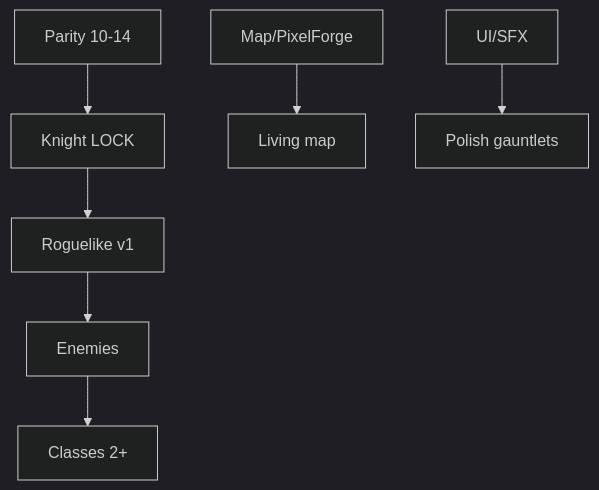
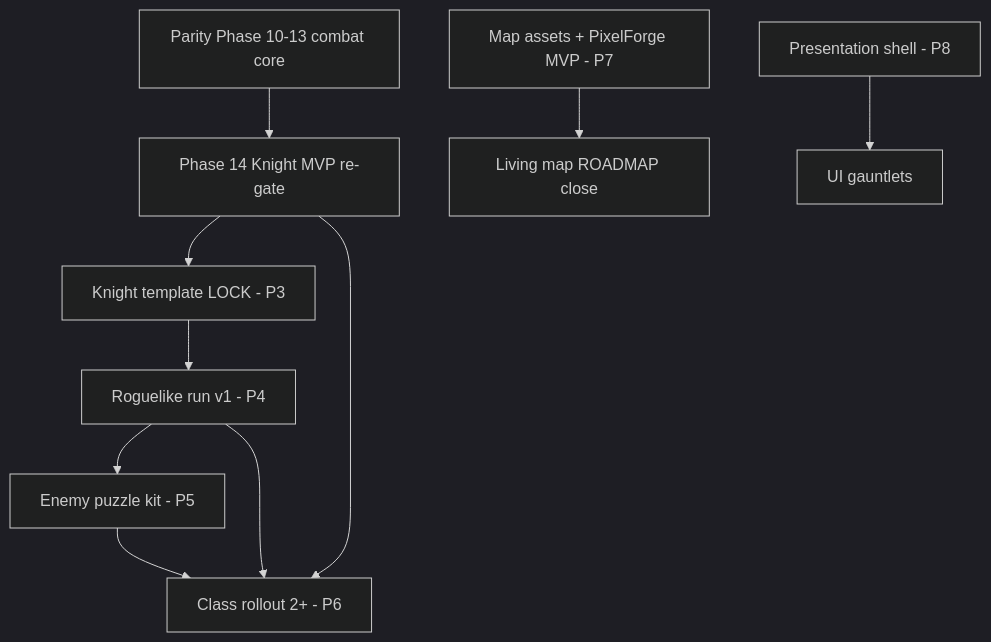
The diagram in docs/design/REMAINING_WORK_MAP.md (kendikong/honor-and-iron-3), drawn with Mermaid (dark theme) before and after one commit. The commit also changed other lines of this file and 3 other files, not shown here.

Commit message:
Gauntlet C3 fixes: map lint path, mermaid sync, matrix secondaries, knight playbooks

````diff
--- a/docs/design/REMAINING_WORK_MAP.md
+++ b/docs/design/REMAINING_WORK_MAP.md
@@ -43,9 +43,12 @@
 ```mermaid
 flowchart TD
-  A[Parity 10-14] --> B[Knight LOCK]
-  B --> C[Roguelike v1]
-  C --> D[Enemies]
-  D --> E[Classes 2+]
-  F[Map/PixelForge] --> G[Living map]
-  H[UI/SFX] --> I[Polish gauntlets]
+  P10[Parity Phase 10-13 combat core] --> P14[Phase 14 Knight MVP re-gate]
+  P14 --> KT[Knight template LOCK - P3]
+  KT --> RUN[Roguelike run v1 - P4]
+  RUN --> EN[Enemy puzzle kit - P5]
+  EN --> CR[Class rollout 2+ - P6]
+  MAP[Map assets + PixelForge MVP - P7] --> LM[Living map ROADMAP close]
+  UI[Presentation shell - P8] --> UII[UI gauntlets]
+  P14 --> CR
+  RUN --> CR
 ```
````
